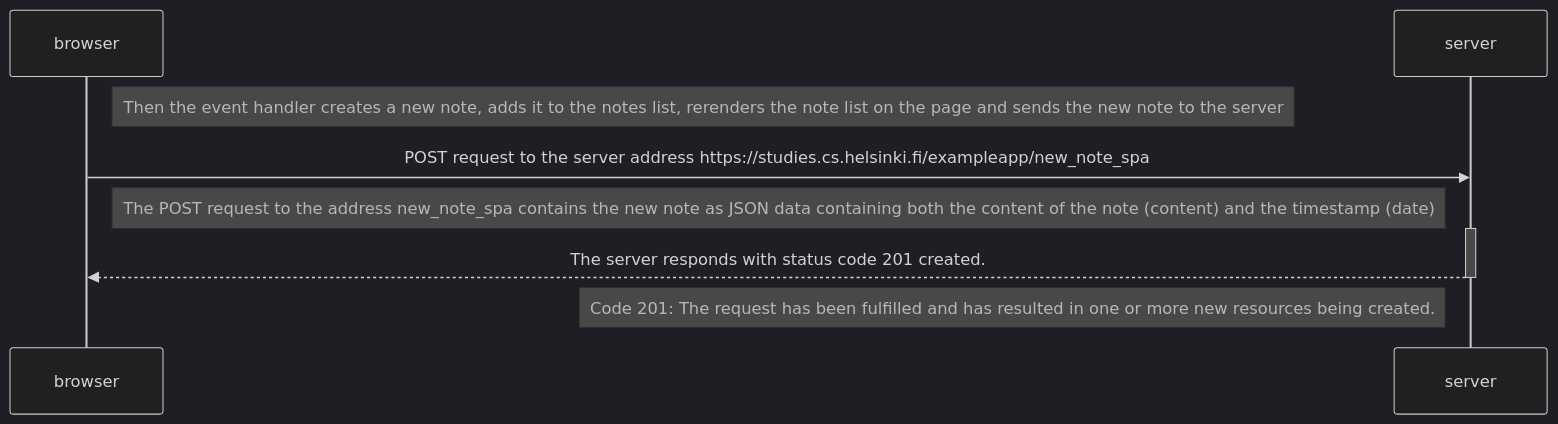
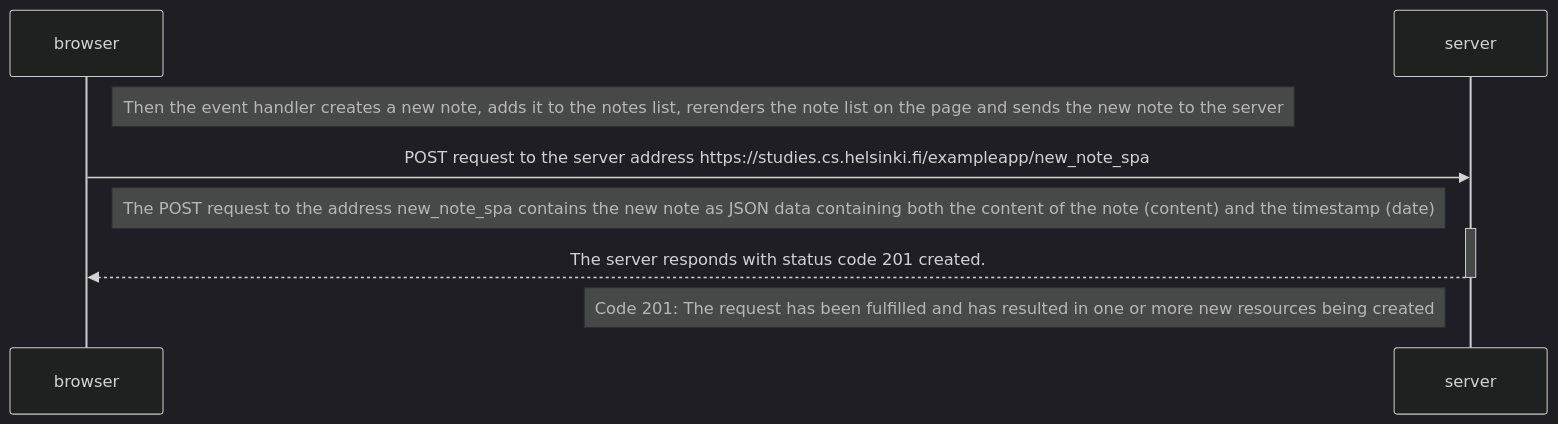
Before and after one commit to Rizz071/Fullstackopen: the diagram in part0/0.6: New note in Single page app diagram.md, drawn with Mermaid (dark theme).

Commit message:
Update 0.6: New note in Single page app diagram.md

````diff
--- a/part0/0.6: New note in Single page app diagram.md
+++ b/part0/0.6: New note in Single page app diagram.md
@@ -1,16 +1,16 @@
 ```mermaid
 sequenceDiagram
     participant browser
     participant server
 
     Note right of browser: Then the event handler creates a new note, adds it to the notes list, rerenders the note list on the page and sends the new note to the server    
     browser->>server: POST request to the server address https://studies.cs.helsinki.fi/exampleapp/new_note_spa
 
     Note right of browser: The POST request to the address new_note_spa contains the new note as JSON data containing both the content of the note (content) and the timestamp (date)
 
     activate server
     server-->>browser: The server responds with status code 201 created.
     deactivate server
 
-    Note left of server: Code 201: The request has been fulfilled and has resulted in one or more new resources being created.
+    Note left of server: Code 201: The request has been fulfilled and has resulted in one or more new resources being created
 ```
````
